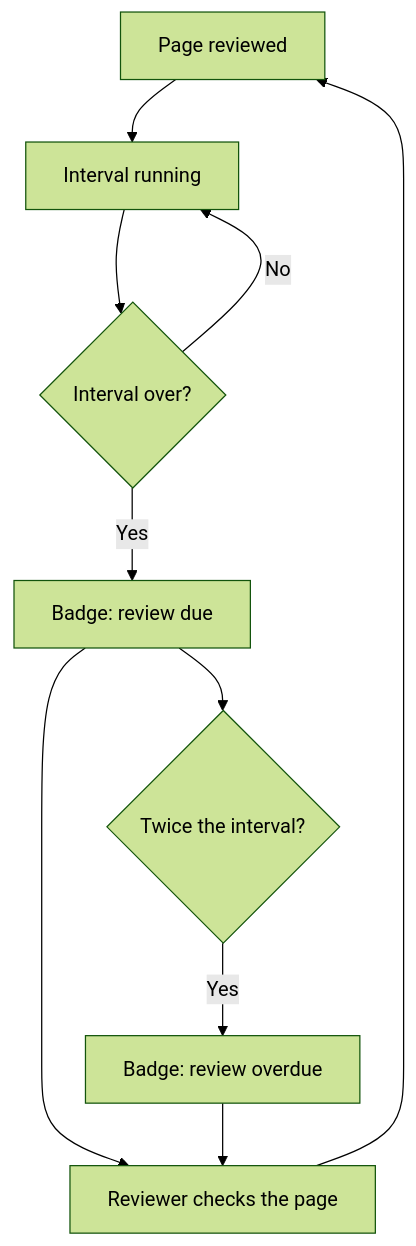
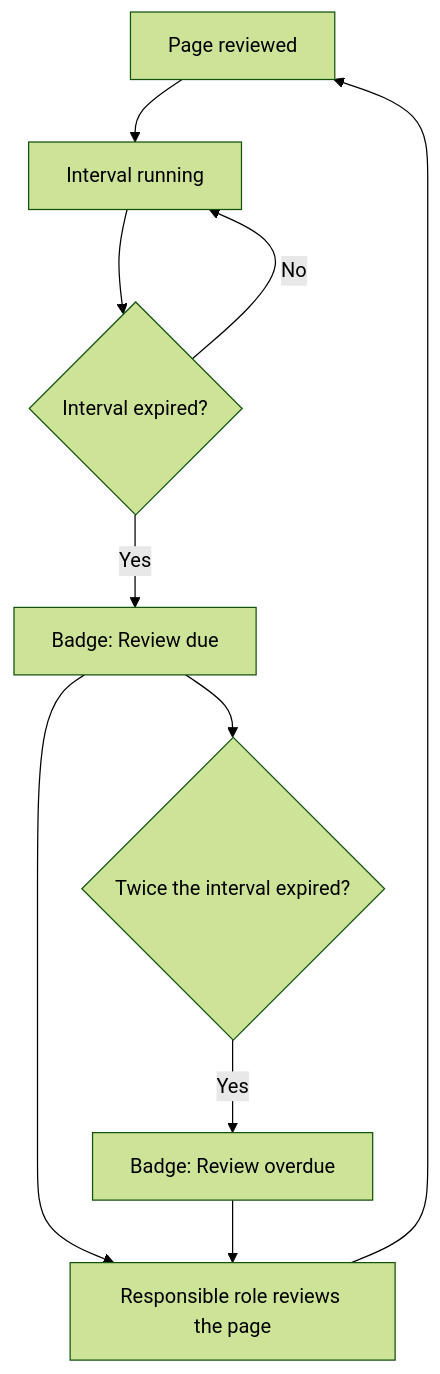
Before and after one commit to rfluethi/living-handbook: the diagram in handbuch/en/upkeep/the-review-cycle.md, drawn with Mermaid (forest theme). The commit also changed other lines of this file and 70 other files, not shown here.

````diff
--- a/handbuch/en/upkeep/the-review-cycle.md
+++ b/handbuch/en/upkeep/the-review-cycle.md
@@ -5,12 +21,12 @@
 ```mermaid
 graph TD;
-  A[Page reviewed] --> B[Interval running];
-  B --> C{Interval over?};
-  C -->|No| B;
-  C -->|Yes| D[Badge: review due];
-  D --> E{Twice the interval?};
-  E -->|Yes| F[Badge: review overdue];
-  D --> G[Reviewer checks the page];
+  A["Page reviewed"] --> B["Interval running"];
+  B --> C{"Interval expired?"};
+  C -->|"No"| B;
+  C -->|"Yes"| D["Badge: Review due"];
+  D --> E{"Twice the interval expired?"};
+  E -->|"Yes"| F["Badge: Review overdue"];
+  D --> G["Responsible role reviews the page"];
   F --> G;
   G --> A;
 ```
````
